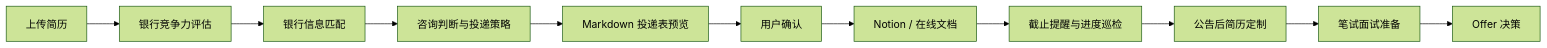
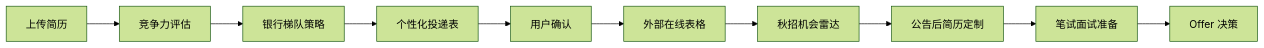
Before and after one commit to wljsxmmxmm/bank-autumn-recruitment-skill: the diagram in README.md, drawn with Mermaid (forest theme). The commit also changed other lines of this file and 1 other file, not shown here.

````diff
--- a/README.md
+++ b/README.md
@@ -94,13 +165,12 @@
 ```mermaid
 flowchart LR
-    A["上传简历"] --> B["银行竞争力评估"]
-    B --> C["银行信息匹配"]
-    C --> D["咨询判断与投递策略"]
-    D --> E["Markdown 投递表预览"]
-    E --> F["用户确认"]
-    F --> G["Notion / 在线文档"]
-    G --> H["截止提醒与进度巡检"]
-    H --> I["公告后简历定制"]
-    I --> J["笔试面试准备"]
-    J --> K["Offer 决策"]
+    A["上传简历"] --> B["竞争力评估"]
+    B --> C["银行梯队策略"]
+    C --> D["个性化投递表"]
+    D --> E["用户确认"]
+    E --> F["外部在线表格"]
+    F --> G["秋招机会雷达"]
+    G --> H["公告后简历定制"]
+    H --> I["笔试面试准备"]
+    I --> J["Offer 决策"]
 ```
````
